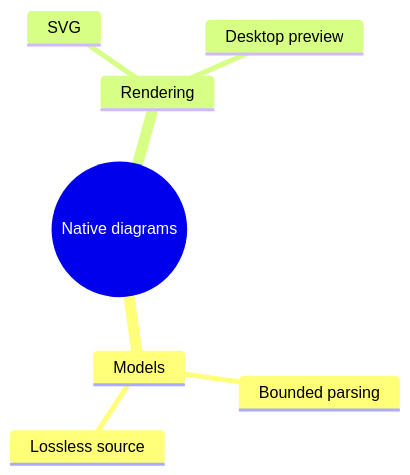
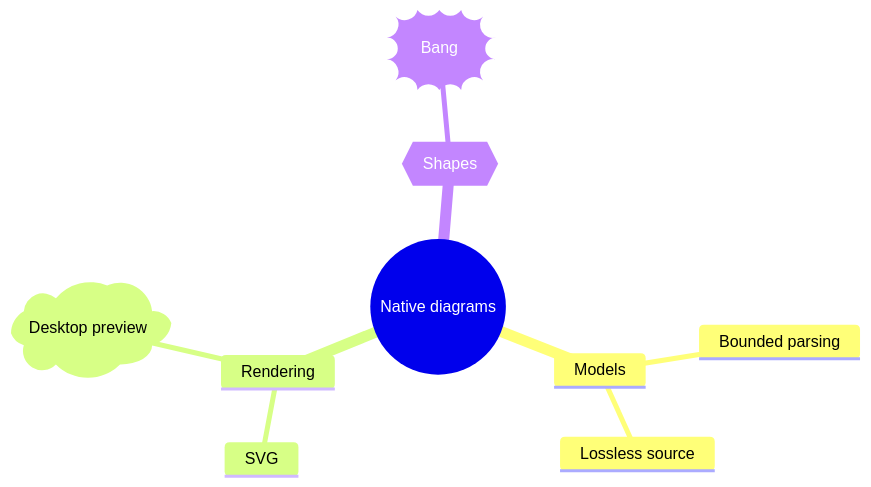
One commit to reardan/w changed the diagram in examples/mermaid/mindmap.mmd. Above: the diagram before and after it, drawn with Mermaid. The commit also changed 17 other files, not shown here.

First line of the commit message:
Add Mermaid class generics lists, state regions, mindmap shapes and sequence boxes

```diff
--- a/examples/mermaid/mindmap.mmd
+++ b/examples/mermaid/mindmap.mmd
@@ -1,8 +1,12 @@
 mindmap
   root((Native diagrams))
+    ::icon(fa fa-sitemap)
     Models
       Bounded parsing
       Lossless source
     Rendering
       SVG
-      Desktop preview
+      )Desktop preview(
+    {{Shapes}}
+      ))Bang((
+      :::urgent
```
